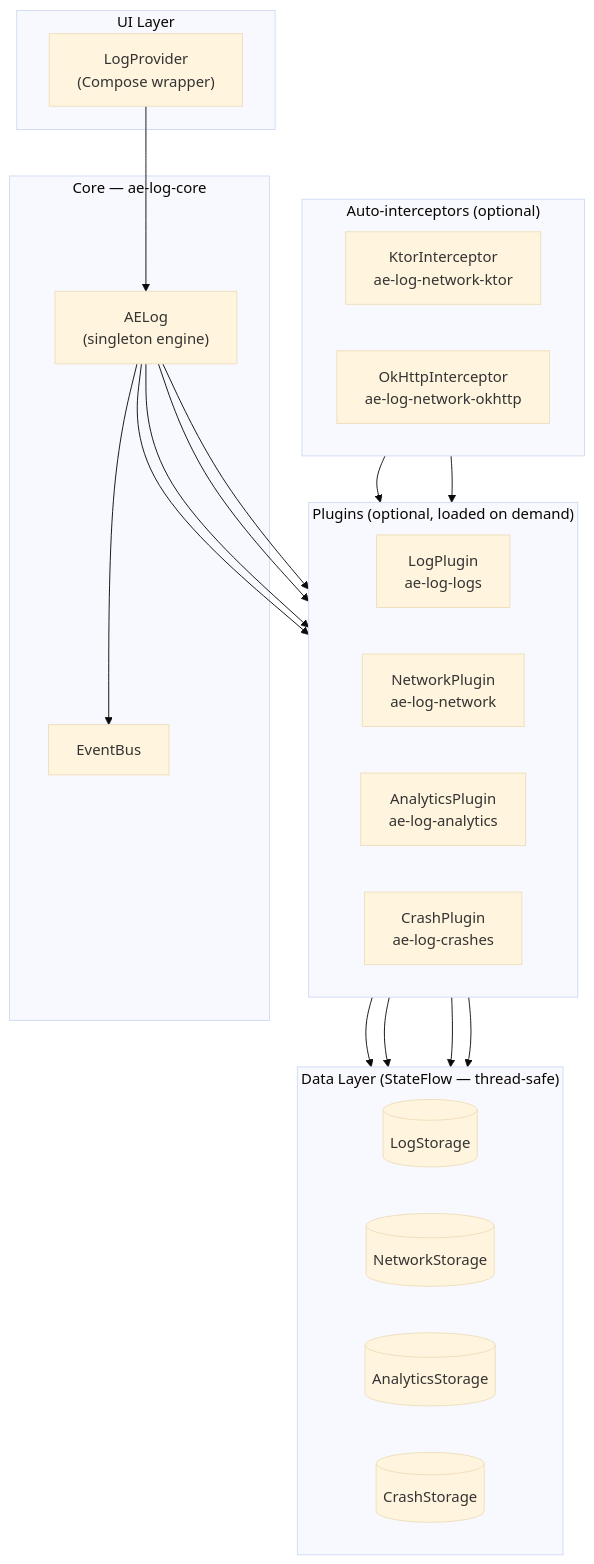
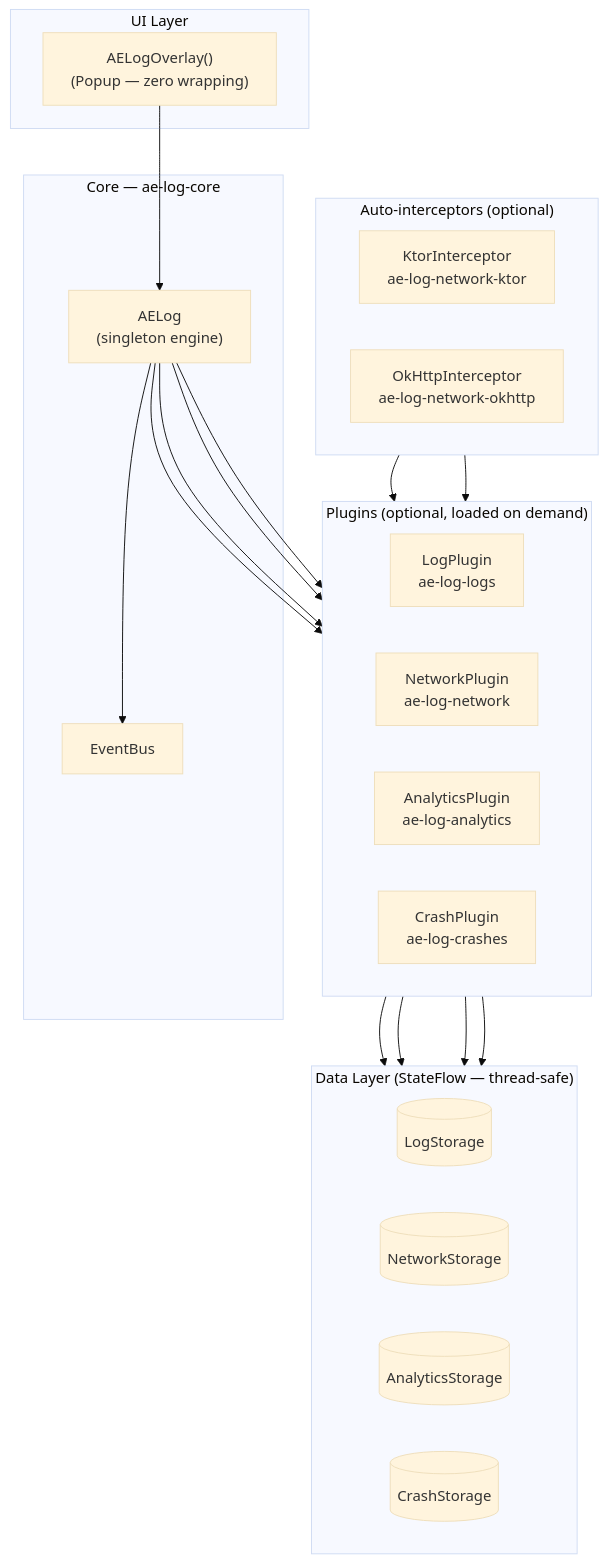
One commit to abdo-essam/AELog changed the diagram in README.md. Above: the diagram before and after it, drawn with Mermaid (base theme). The commit also changed other lines of this file and 42 other files, not shown here.

First line of the commit message:
feat(core): Revamp AELog configuration and UI overlay

````diff
--- a/README.md
+++ b/README.md
@@ -383,46 +377,46 @@
 ```mermaid
 graph TD
     subgraph UI ["UI Layer"]
-        LP["LogProvider\n(Compose wrapper)"]
+        OV["AELogOverlay()\n(Popup — zero wrapping)"]
     end
 
     subgraph Core ["Core — ae-log-core"]
         AE["AELog\n(singleton engine)"]
         EB["EventBus"]
     end
 
     subgraph Plugins ["Plugins (optional, loaded on demand)"]
         direction LR
         LP1["LogPlugin\nae-log-logs"]
         NP["NetworkPlugin\nae-log-network"]
         AP["AnalyticsPlugin\nae-log-analytics"]
         CP["CrashPlugin\nae-log-crashes"]
     end
 
     subgraph Storage ["Data Layer (StateFlow — thread-safe)"]
         direction LR
         LS[("LogStorage")]
         NS[("NetworkStorage")]
         AS[("AnalyticsStorage")]
         CS[("CrashStorage")]
     end
 
     subgraph Interceptors ["Auto-interceptors (optional)"]
         direction LR
         KI["KtorInterceptor\nae-log-network-ktor"]
         OI["OkHttpInterceptor\nae-log-network-okhttp"]
     end
 
-    LP --> AE
+    OV --> AE
     AE --> EB
     AE --> LP1
     AE --> NP
     AE --> AP
     AE --> CP
     LP1 --> LS
     NP --> NS
     AP --> AS
     CP --> CS
     KI --> NP
     OI --> NP
 ```
````
